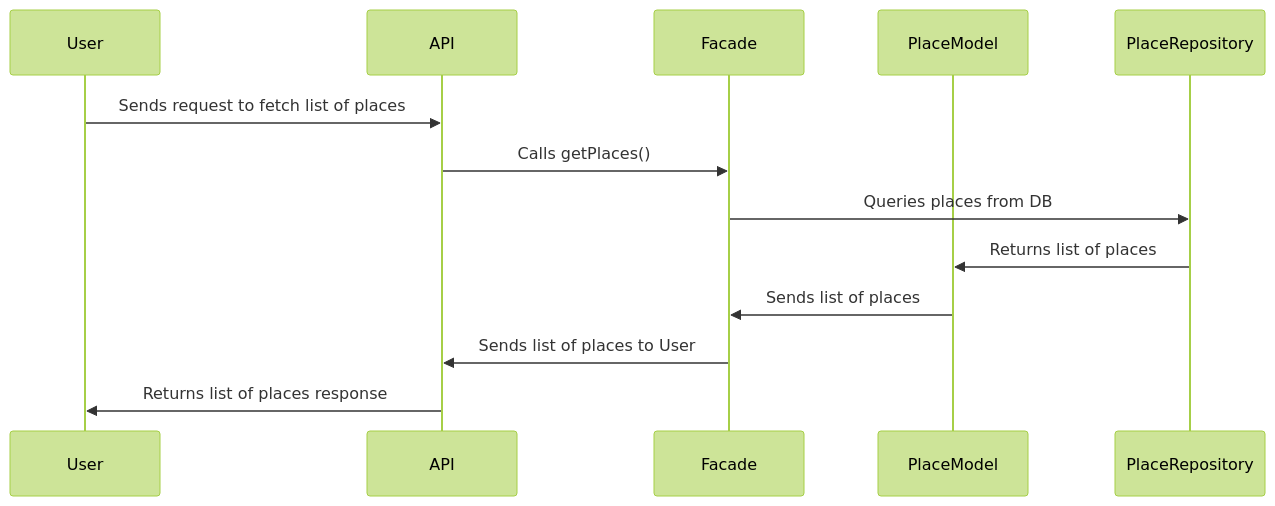
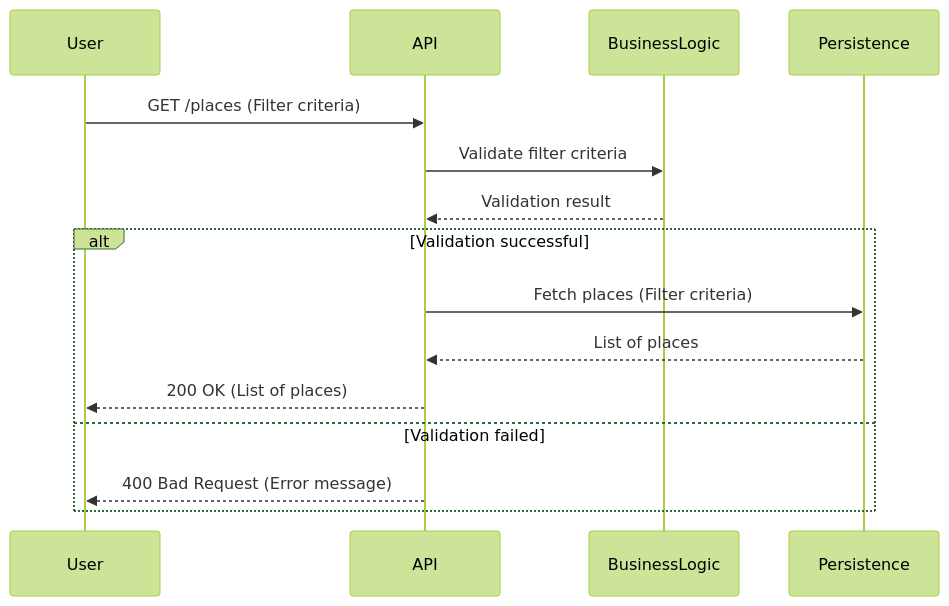
The fifth of 6 diagrams in Technical_Documentation.md (Nomen-collab/holbertonschool-hbnb), drawn with Mermaid (forest theme) before and after one commit. The commit also changed other lines of this file, not shown here.

````diff
--- a/Technical_Documentation.md
+++ b/Technical_Documentation.md
@@ -220,16 +260,18 @@
 ```mermaid
 sequenceDiagram
     participant User
     participant API
-    participant Facade
-    participant PlaceModel
-    participant PlaceRepository
+    participant BusinessLogic
+    participant Persistence
 
-    User->>API: Sends request to fetch list of places
-    API->>Facade: Calls getPlaces()
-    Facade->>PlaceRepository: Queries places from DB
-    PlaceRepository->>PlaceModel: Returns list of places
-    PlaceModel->>Facade: Sends list of places
-    Facade->>API: Sends list of places to User
-    API->>User: Returns list of places response
+    User->>API: GET /places (Filter criteria)
+    API->>BusinessLogic: Validate filter criteria
+    BusinessLogic-->>API: Validation result
+    alt Validation successful
+        API->>Persistence: Fetch places (Filter criteria)
+        Persistence-->>API: List of places
+        API-->>User: 200 OK (List of places)
+    else Validation failed
+        API-->>User: 400 Bad Request (Error message)
+    end
 ```
````
